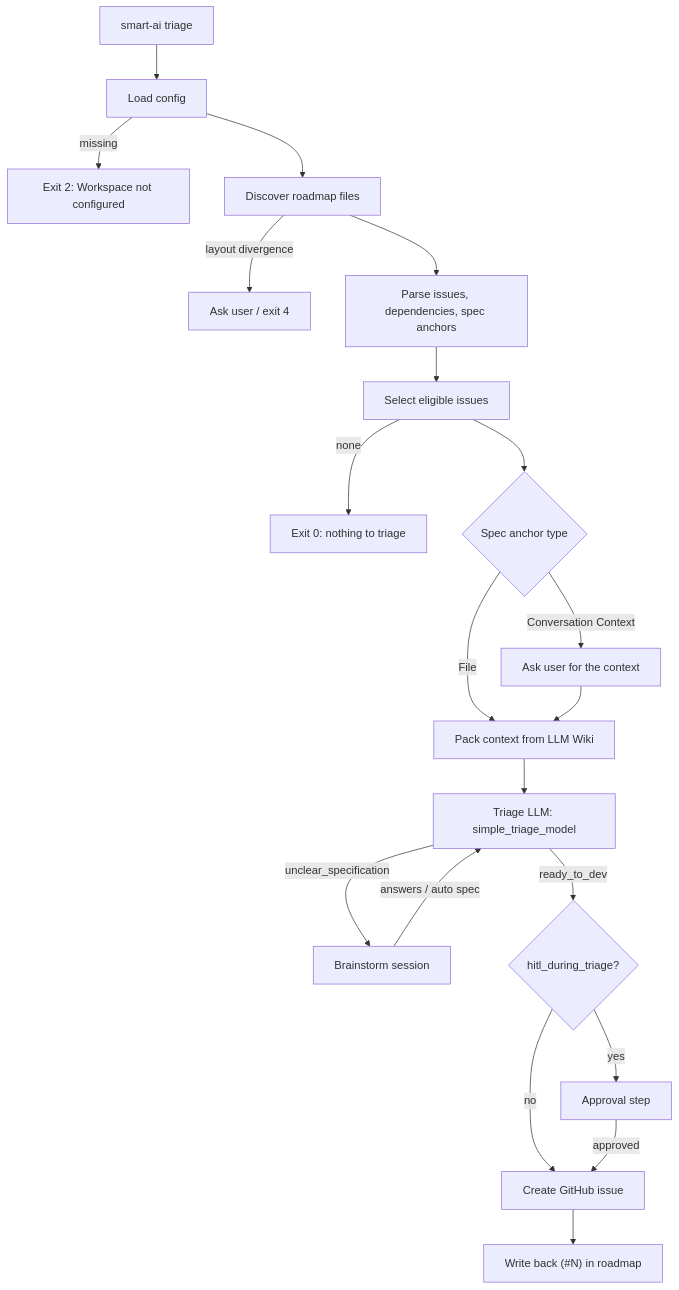
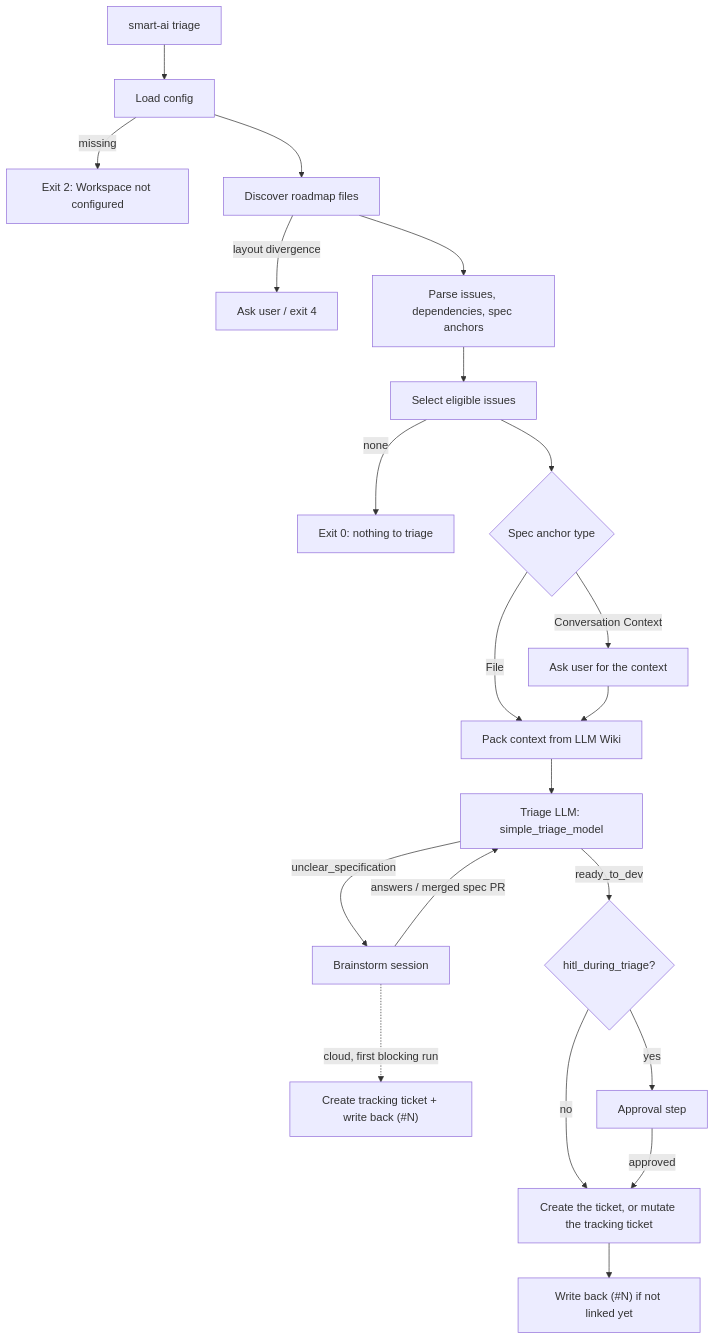
Before and after one commit to fletort/smart-ai-factory: the first of 2 diagrams in docs/specs/triage_engine.md, drawn with Mermaid. The commit also changed other lines of this file and 3 other files, not shown here.

````diff
--- a/docs/specs/triage_engine.md
+++ b/docs/specs/triage_engine.md
@@ -15,22 +15,23 @@
 ```mermaid
 graph TD
     START["smart-ai triage"] --> CFG["Load config"]
     CFG -->|missing| EXIT2["Exit 2: Workspace not configured"]
     CFG --> DISC["Discover roadmap files"]
     DISC -->|layout divergence| EXIT4["Ask user / exit 4"]
     DISC --> PARSE["Parse issues, dependencies, spec anchors"]
     PARSE --> SELECT["Select eligible issues"]
     SELECT -->|none| EXIT0["Exit 0: nothing to triage"]
     SELECT --> SRC{"Spec anchor type"}
     SRC -->|File| PACK["Pack context from LLM Wiki"]
     SRC -->|Conversation Context| ASKCTX["Ask user for the context"]
     ASKCTX --> PACK
     PACK --> LLM["Triage LLM: simple_triage_model"]
     LLM -->|unclear_specification| BRAIN["Brainstorm session"]
-    BRAIN -->|answers / auto spec| LLM
+    BRAIN -.->|"cloud, first blocking run"| TRACK["Create tracking ticket + write back (#N)"]
+    BRAIN -->|"answers / merged spec PR"| LLM
     LLM -->|ready_to_dev| GATE{"hitl_during_triage?"}
     GATE -->|yes| APPROVE["Approval step"]
     GATE -->|no| CREATE
-    APPROVE -->|approved| CREATE["Create GitHub issue"]
-    CREATE --> WB["Write back (#N) in roadmap"]
+    APPROVE -->|approved| CREATE["Create the ticket, or mutate the tracking ticket"]
+    CREATE --> WB["Write back (#N) if not linked yet"]
 ```
````
